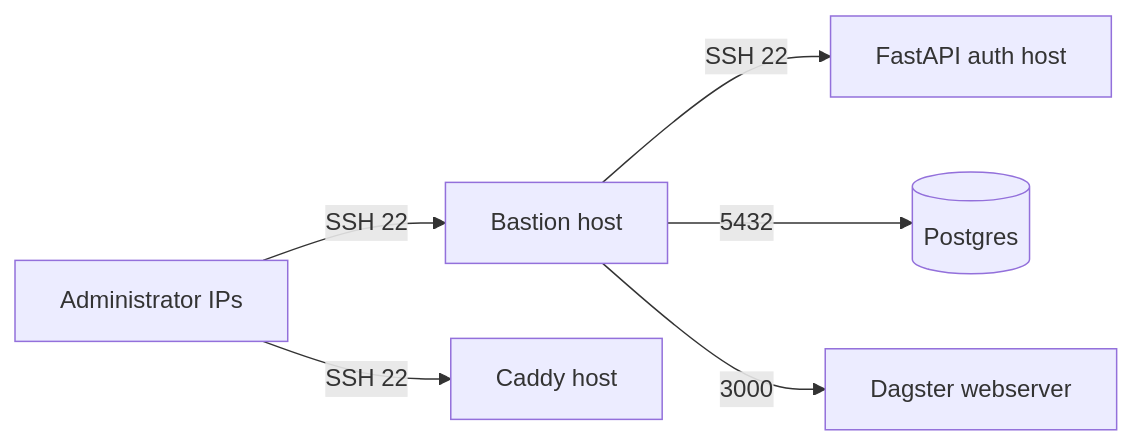
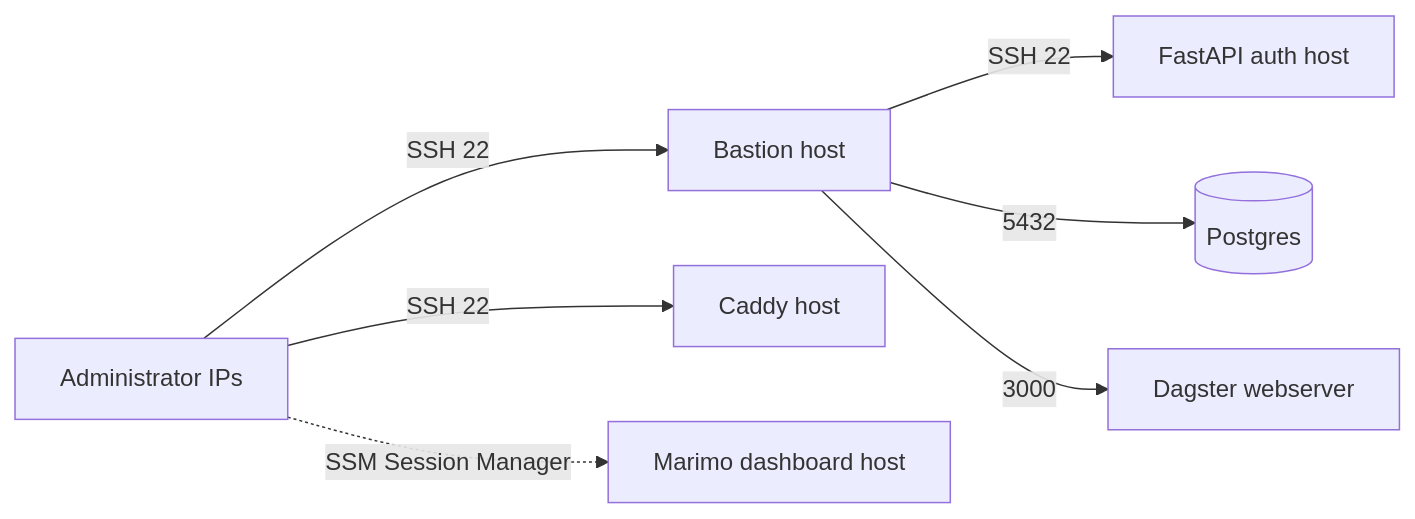
One commit to Chr1sC0de/energy-market-delta-lake changed the second of 2 diagrams in infrastructure/aws-pulumi/docs/edge-and-access.md. Above: the diagram before and after it, drawn with Mermaid. The commit also changed other lines of this file and 44 other files, not shown here.

Commit message:
Deploy Marimo dashboard on AWS

````diff
--- a/infrastructure/aws-pulumi/docs/edge-and-access.md
+++ b/infrastructure/aws-pulumi/docs/edge-and-access.md
@@ -50,15 +55,17 @@
 ```mermaid
 flowchart LR
     ADMINIPS[Administrator IPs]
     BASTION[Bastion host]
     CADDY[Caddy host]
     AUTH[FastAPI auth host]
+    MARIMO[Marimo dashboard host]
     PG[(Postgres)]
     WEB[Dagster webserver]
 
     ADMINIPS -->|SSH 22| BASTION
     ADMINIPS -->|SSH 22| CADDY
     BASTION -->|SSH 22| AUTH
     BASTION -->|5432| PG
     BASTION -->|3000| WEB
+    ADMINIPS -.->|SSM Session Manager| MARIMO
 ```
````
